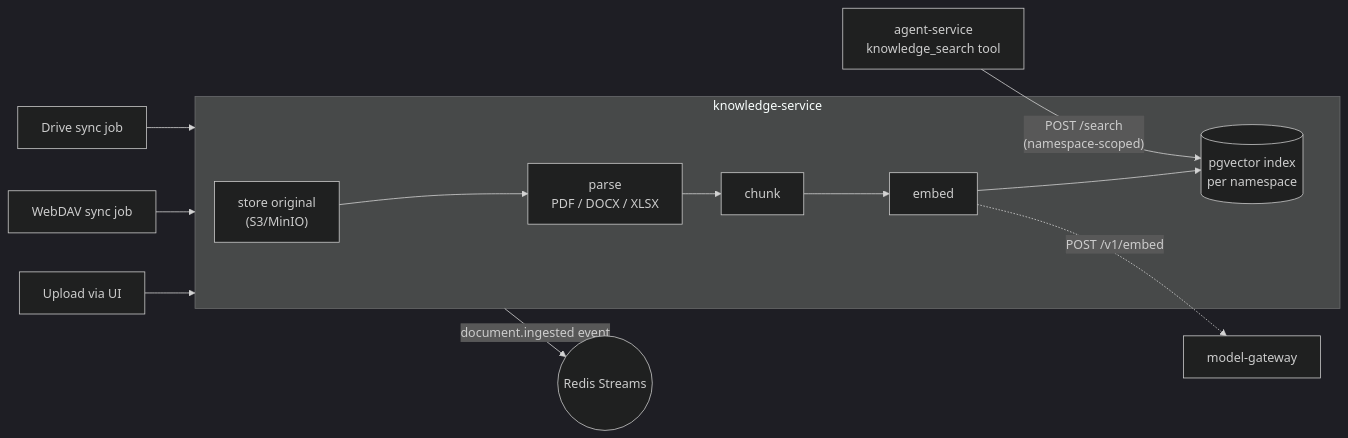
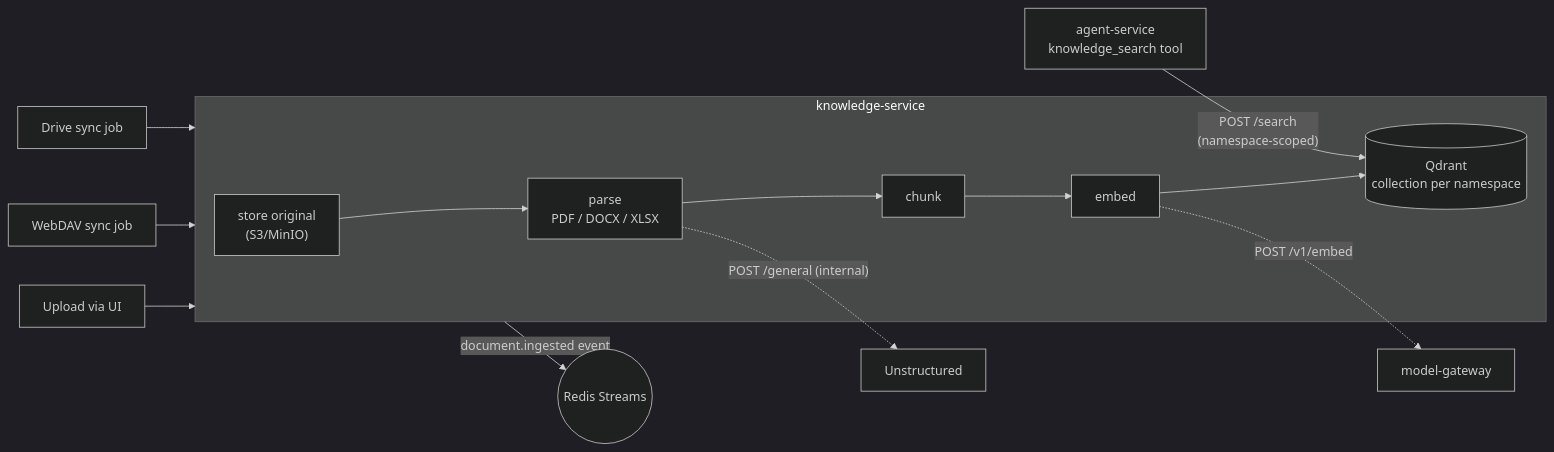
The fourth of 6 diagrams in docs/01-architecture-overview.md (stoychev07-art/7X7-microservice), drawn with Mermaid (dark theme) before and after one commit. The commit also changed other lines of this file and 65 other files, not shown here.

First line of the commit message:
Enhance architecture and service documentation

````diff
--- a/docs/01-architecture-overview.md
+++ b/docs/01-architecture-overview.md
@@ -156,18 +174,19 @@
 ```mermaid
 flowchart LR
     up["Upload via UI"] --> kn
     wd["WebDAV sync job"] --> kn
     gd["Drive sync job"] --> kn
 
     subgraph kn["knowledge-service"]
         store["store original<br/>(S3/MinIO)"] --> parse["parse<br/>PDF / DOCX / XLSX"]
         parse --> chunk["chunk"]
         chunk --> embed["embed"]
-        embed --> idx[("pgvector index<br/>per namespace")]
+        embed --> idx[("Qdrant<br/>collection per namespace")]
     end
 
+    parse -.->|"POST /general (internal)"| unstr["Unstructured"]
     embed -.->|"POST /v1/embed"| mg["model-gateway"]
     kn -- "document.ingested event" --> bus(("Redis Streams"))
 
     agent["agent-service<br/>knowledge_search tool"] -->|"POST /search<br/>(namespace-scoped)"| idx
 ```
````
